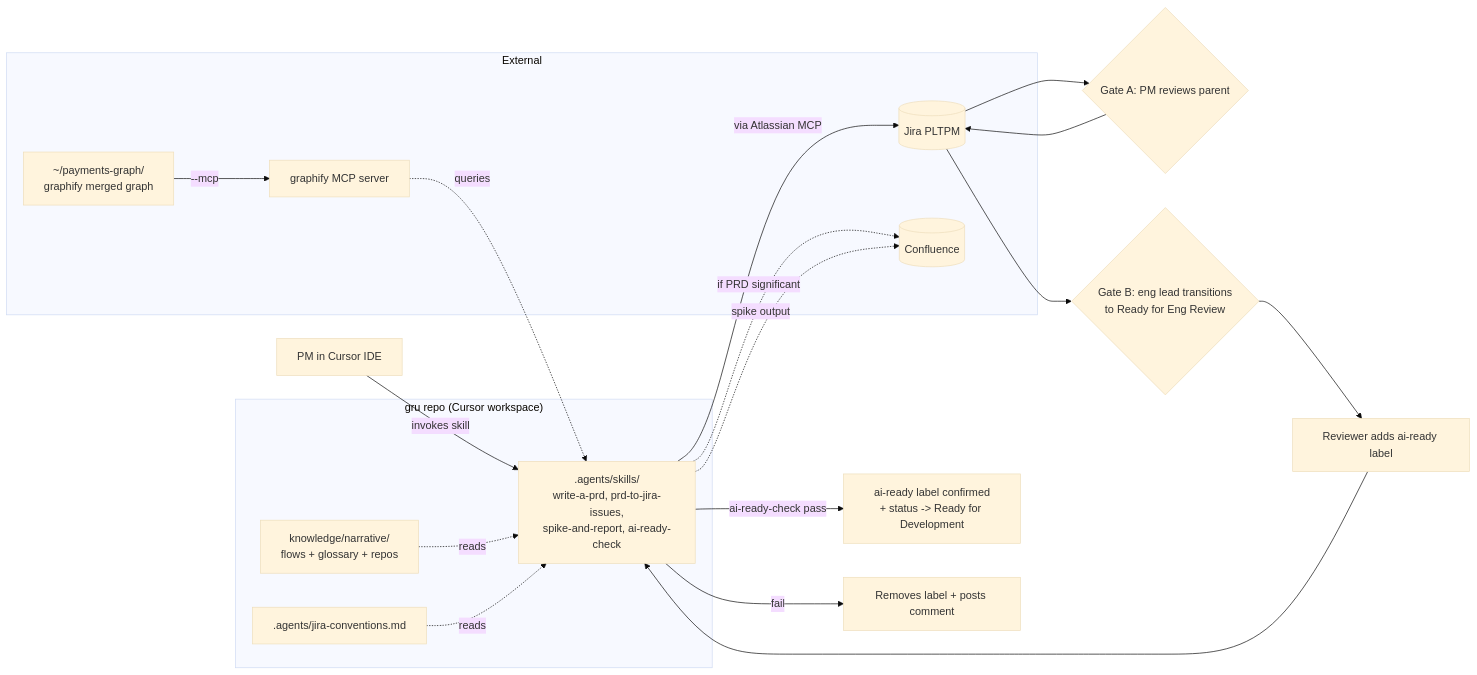
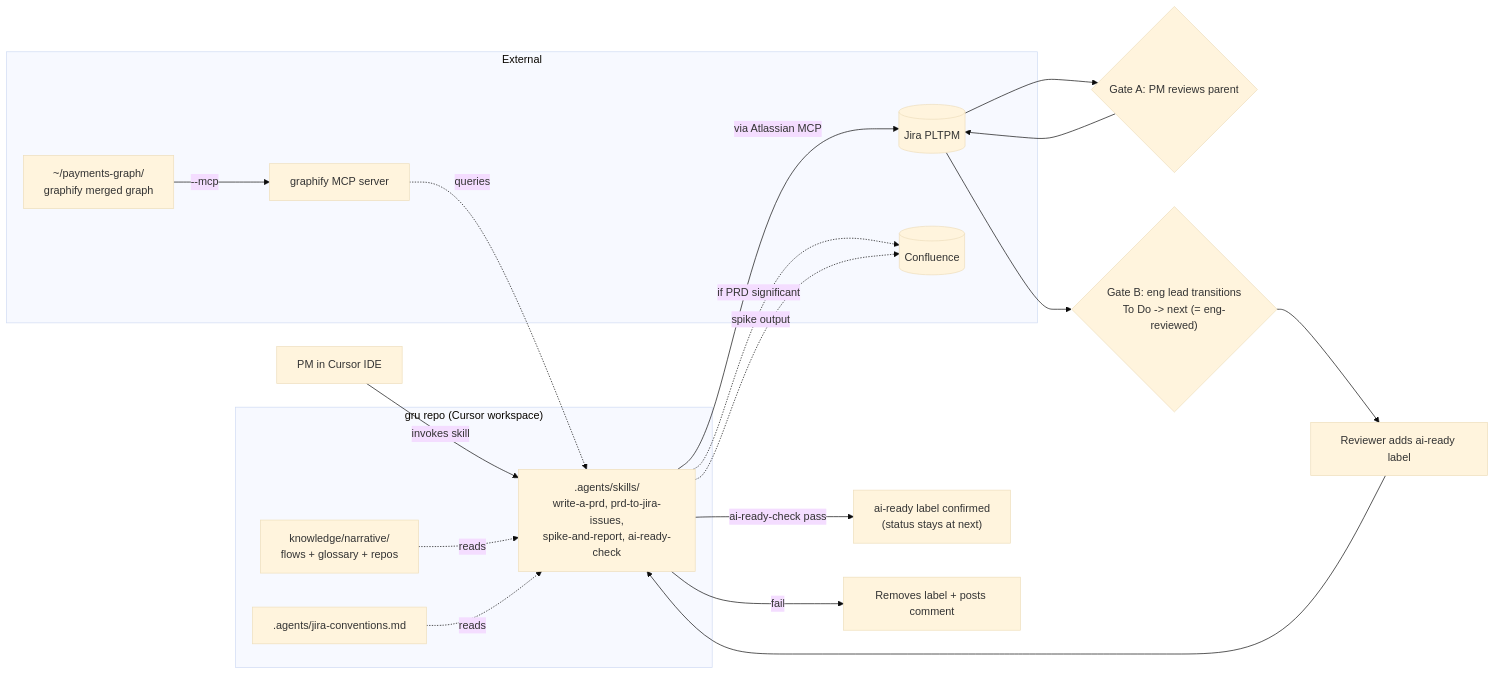
The diagram in docs/plan.md (fvoon/gru), drawn with Mermaid (base theme) before and after one commit. The commit also changed other lines of this file and 1 other file, not shown here.

First line of the commit message:
docs(jira-conventions): replace TBA stubs with PLTPM-discovered values

````diff
--- a/docs/plan.md
+++ b/docs/plan.md
@@ -101,32 +101,32 @@
 ```mermaid
 flowchart LR
     subgraph GRU["gru repo (Cursor workspace)"]
         SKILLS[".agents/skills/<br/>write-a-prd, prd-to-jira-issues,<br/>spike-and-report, ai-ready-check"]
         NAR[knowledge/narrative/<br/>flows + glossary + repos]
         CONV[.agents/jira-conventions.md]
     end
 
     subgraph EXT[External]
         GFY[~/payments-graph/<br/>graphify merged graph]
         MCP[graphify MCP server]
         JIRA[(Jira PLTPM)]
         CONF[(Confluence)]
         GFY -->|--mcp| MCP
     end
 
     PM[PM in Cursor IDE] -->|invokes skill| SKILLS
     MCP -.queries.-> SKILLS
     NAR -.reads.-> SKILLS
     CONV -.reads.-> SKILLS
     SKILLS -->|via Atlassian MCP| JIRA
     SKILLS -.if PRD significant.-> CONF
     SKILLS -.spike output.-> CONF
 
     JIRA --> GA{"Gate A: PM reviews parent"}
     GA --> JIRA
-    JIRA --> GB{"Gate B: eng lead transitions<br/>to Ready for Eng Review"}
+    JIRA --> GB{"Gate B: eng lead transitions<br/>To Do -> next (= eng-reviewed)"}
     GB --> GC[Reviewer adds ai-ready label]
     GC --> SKILLS
-    SKILLS -->|ai-ready-check pass| READY["ai-ready label confirmed<br/>+ status -> Ready for Development"]
+    SKILLS -->|ai-ready-check pass| READY["ai-ready label confirmed<br/>(status stays at next)"]
     SKILLS -->|fail| BACK[Removes label + posts comment]
 ```
````
